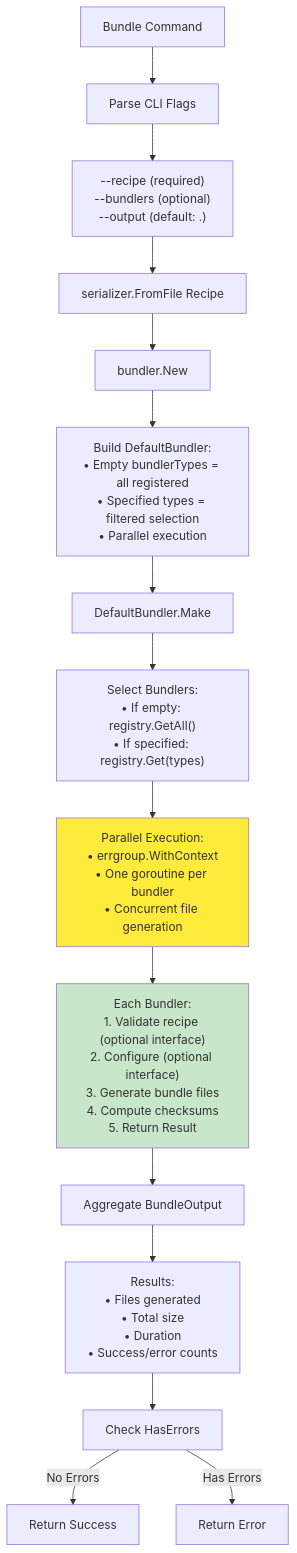
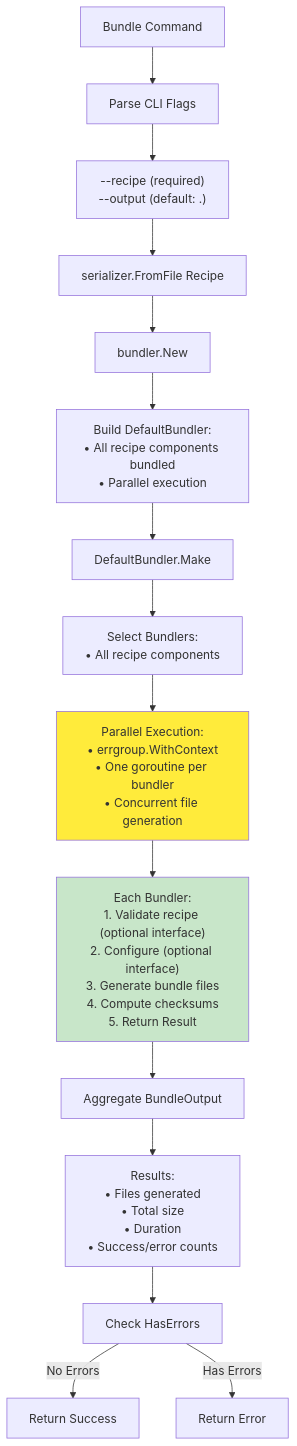
One commit to NVIDIA/aicr changed diagram 11 of 17 in docs/contributor/cli.md. Above: the diagram before and after it, drawn with Mermaid. The commit also changed other lines of this file and 44 other files, not shown here.

First line of the commit message:
feat: replace Helm umbrella chart with per-component bundle directories

````diff
--- a/docs/contributor/cli.md
+++ b/docs/contributor/cli.md
@@ -670,32 +670,32 @@
 ```mermaid
 flowchart TD
     A[Bundle Command] --> B[Parse CLI Flags]
     
-    B --> B1["--recipe (required)<br/>--bundlers (optional)<br/>--output (default: .)"]
+    B --> B1["--recipe (required)<br/>--output (default: .)"]
     
     B1 --> C[serializer.FromFile Recipe]
     
     C --> D[bundler.New]
     
-    D --> D1["Build DefaultBundler:<br/>• Empty bundlerTypes = all registered<br/>• Specified types = filtered selection<br/>• Parallel execution"]
+    D --> D1["Build DefaultBundler:<br/>• All recipe components bundled<br/>• Parallel execution"]
     
     D1 --> E[DefaultBundler.Make]
     
-    E --> E1["Select Bundlers:<br/>• If empty: registry.GetAll()<br/>• If specified: registry.Get(types)"]
+    E --> E1["Select Bundlers:<br/>• All recipe components"]
     
     E1 --> E2["Parallel Execution:<br/>• errgroup.WithContext<br/>• One goroutine per bundler<br/>• Concurrent file generation"]
     
     E2 --> E3["Each Bundler:<br/>1. Validate recipe (optional interface)<br/>2. Configure (optional interface)<br/>3. Generate bundle files<br/>4. Compute checksums<br/>5. Return Result"]
     
     E3 --> F[Aggregate BundleOutput]
     
     F --> F1["Results:<br/>• Files generated<br/>• Total size<br/>• Duration<br/>• Success/error counts"]
     
     F1 --> G[Check HasErrors]
     
     G -->|No Errors| H[Return Success]
     G -->|Has Errors| I[Return Error]
     
     style E2 fill:#ffeb3b
     style E3 fill:#c8e6c9
 ```
````
